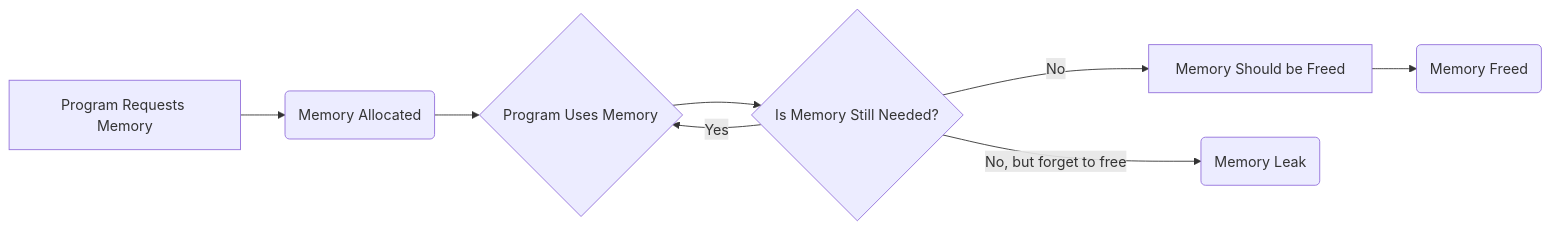
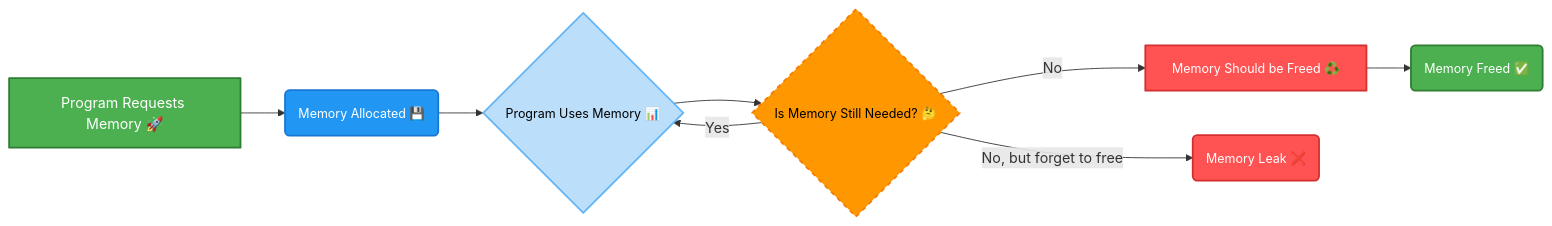
One commit to infoyouth/infoyouth.github.io changed the fifth of 8 diagrams in _posts/2024-12-17-12.-c-memory-management.md. Above: the diagram before and after it, drawn with Mermaid. The commit also changed other lines of this file and 1 other file, not shown here.

````diff
--- a/_posts/2024-12-17-12.-c-memory-management.md
+++ b/_posts/2024-12-17-12.-c-memory-management.md
@@ -540,10 +590,20 @@
 ```mermaid
 graph LR
-    A[Program Requests Memory] --> B(Memory Allocated);
-    B --> C{Program Uses Memory};
-    C --> D{Is Memory Still Needed?};
+    %% Node Styles
+    style A fill:#4CAF50,stroke:#2E7D32,stroke-width:2,color:#FFFFFF,font-size:16px,stroke-linejoin:round
+    style B fill:#2196F3,stroke:#1976D2,stroke-width:2,color:#FFFFFF,font-size:14px,stroke-linejoin:round
+    style C fill:#BBDEFB,stroke:#64B5F6,stroke-width:2,color:#000000,font-size:14px,stroke-linejoin:round
+    style D fill:#FF9800,stroke:#F57C00,stroke-width:2,stroke-dasharray:5 5,color:#000000,font-size:14px,stroke-linejoin:round
+    style E fill:#FF5252,stroke:#D32F2F,stroke-width:2,color:#FFFFFF,font-size:14px,stroke-linejoin:round
+    style F fill:#4CAF50,stroke:#2E7D32,stroke-width:2,color:#FFFFFF,font-size:14px,stroke-linejoin:round
+    style G fill:#FF5252,stroke:#D32F2F,stroke-width:2,color:#FFFFFF,font-size:14px,stroke-linejoin:round
+
+    %% Node Definitions and Flow
+    A[Program Requests Memory 🚀] --> B(Memory Allocated 💾);
+    B --> C{Program Uses Memory 📊};
+    C --> D{Is Memory Still Needed? 🤔};
     D -- Yes --> C;
-    D -- No --> E[Memory Should be Freed];
-    E --> F(Memory Freed)
-    D -- No, but forget to free --> G(Memory Leak)
+    D -- No --> E[Memory Should be Freed ♻️];
+    E --> F(Memory Freed ✅);
+    D -- No, but forget to free --> G(Memory Leak ❌);
 ```
````
